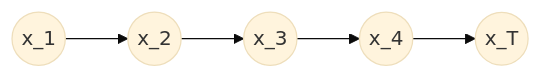
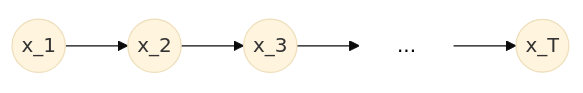
One commit to rioultf/llmapp changed the second of 17 diagrams in 001.Attention.md. Above: the diagram before and after it, drawn with Mermaid (base theme).

Commit message:
docs: remplacer x4 par texte points de suspension

````diff
--- a/001.Attention.md
+++ b/001.Attention.md
@@ -46,7 +46,8 @@
 ```mermaid
 flowchart LR
     x1((x_1)) --> x2((x_2))
     x2 --> x3((x_3))
-    x3 --> x4((x_4))
-    x4 --> xT((x_T))
+    x3 --> dots["..."]
+    dots --> xT((x_T))
+    style dots fill:transparent,stroke:none,color:#000000
 ```
````
